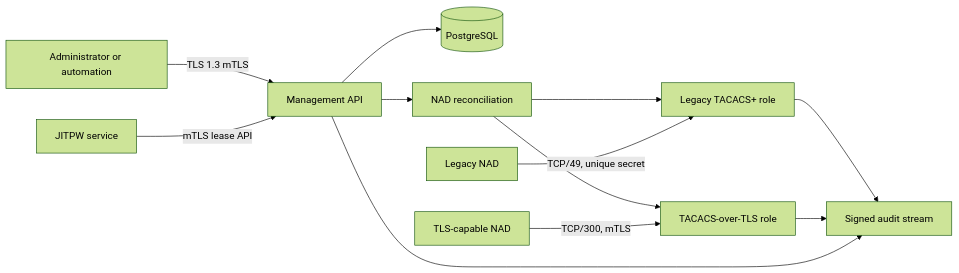
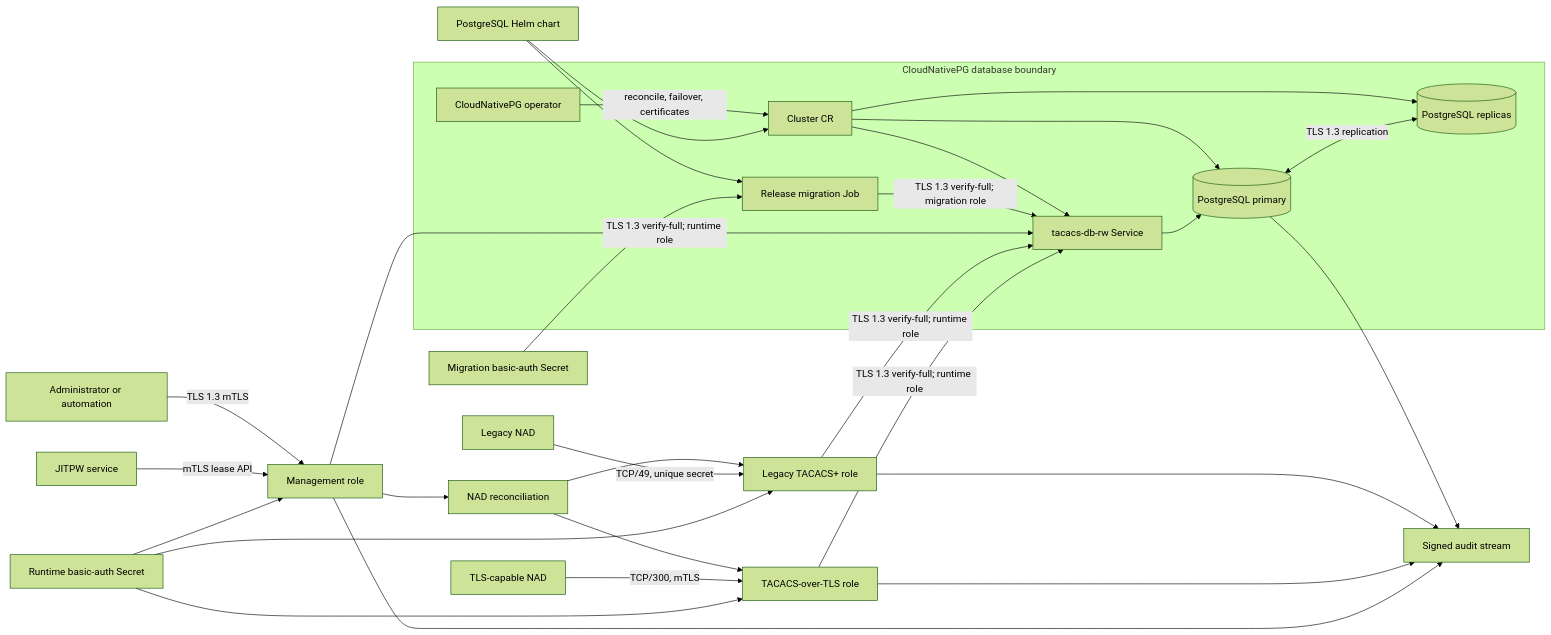
Before and after one commit to 192d-Wing/usg-tacacs: the diagram in README.md, drawn with Mermaid (forest theme). The commit also changed other lines of this file and 1 other file, not shown here.

Commit message:
docs(architecture): show CloudNativePG deployment

````diff
--- a/README.md
+++ b/README.md
@@ -36,14 +36,40 @@
 ```mermaid
 flowchart LR
-    Admin["Administrator or automation"] -->|"TLS 1.3 mTLS"| Mgmt["Management API"]
+    Admin["Administrator or automation"] -->|"TLS 1.3 mTLS"| Mgmt["Management role"]
     JITPW["JITPW service"] -->|"mTLS lease API"| Mgmt
-    Mgmt --> DB[("PostgreSQL")]
     Mgmt --> Reconcile["NAD reconciliation"]
     Reconcile --> Legacy["Legacy TACACS+ role"]
     Reconcile --> TLS["TACACS-over-TLS role"]
     NAD1["Legacy NAD"] -->|"TCP/49, unique secret"| Legacy
     NAD2["TLS-capable NAD"] -->|"TCP/300, mTLS"| TLS
-    Legacy --> Audit["Signed audit stream"]
+
+    subgraph CNPG["CloudNativePG database boundary"]
+        ClusterCR["Cluster CR"]
+        Operator["CloudNativePG operator"]
+        RW["tacacs-db-rw Service"]
+        Primary[("PostgreSQL primary")]
+        Replica[("PostgreSQL replicas")]
+        Migration["Release migration Job"]
+        Operator -->|"reconcile, failover, certificates"| ClusterCR
+        ClusterCR --> RW
+        ClusterCR --> Primary
+        ClusterCR --> Replica
+        RW --> Primary
+        Primary <-->|"TLS 1.3 replication"| Replica
+        Migration -->|"TLS 1.3 verify-full; migration role"| RW
+    end
+
+    Mgmt -->|"TLS 1.3 verify-full; runtime role"| RW
+    Legacy -->|"TLS 1.3 verify-full; runtime role"| RW
+    TLS -->|"TLS 1.3 verify-full; runtime role"| RW
+    DBChart["PostgreSQL Helm chart"] --> ClusterCR
+    DBChart --> Migration
+    MigrationSecret["Migration basic-auth Secret"] --> Migration
+    RuntimeSecret["Runtime basic-auth Secret"] --> Mgmt
+    RuntimeSecret --> Legacy
+    RuntimeSecret --> TLS
+    Primary --> Audit["Signed audit stream"]
+        Legacy --> Audit
     TLS --> Audit
     Mgmt --> Audit
 ```
````
